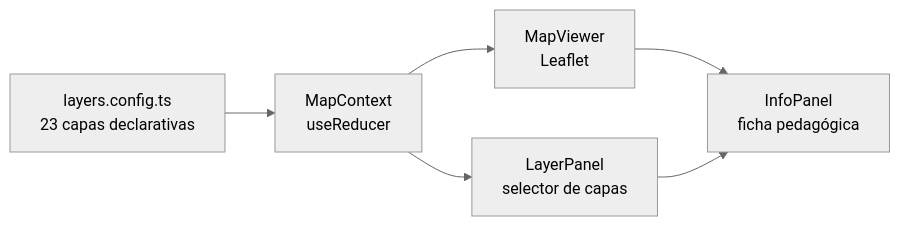
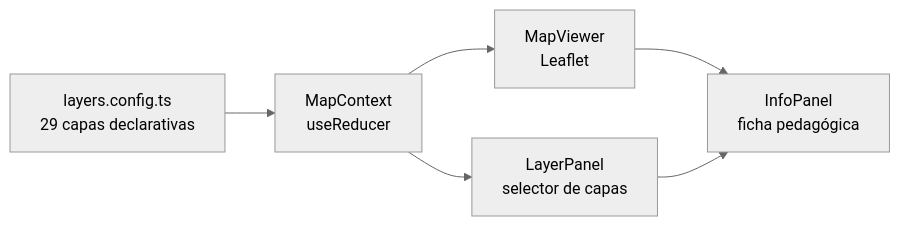
Before and after one commit to DevCristobalvc/geovisor-sevillavalle: the second of 4 diagrams in README.md, drawn with Mermaid (neutral theme). The commit also changed other lines of this file and 26 other files, not shown here.

````diff
--- a/README.md
+++ b/README.md
@@ -52,8 +52,8 @@
 ```mermaid
 flowchart LR
-    A["layers.config.ts<br/>23 capas declarativas"] --> B["MapContext<br/>useReducer"]
+    A["layers.config.ts<br/>29 capas declarativas"] --> B["MapContext<br/>useReducer"]
     B --> C["MapViewer<br/>Leaflet"]
     B --> D["LayerPanel<br/>selector de capas"]
     C --> E["InfoPanel<br/>ficha pedagógica"]
     D --> E
 ```
````
